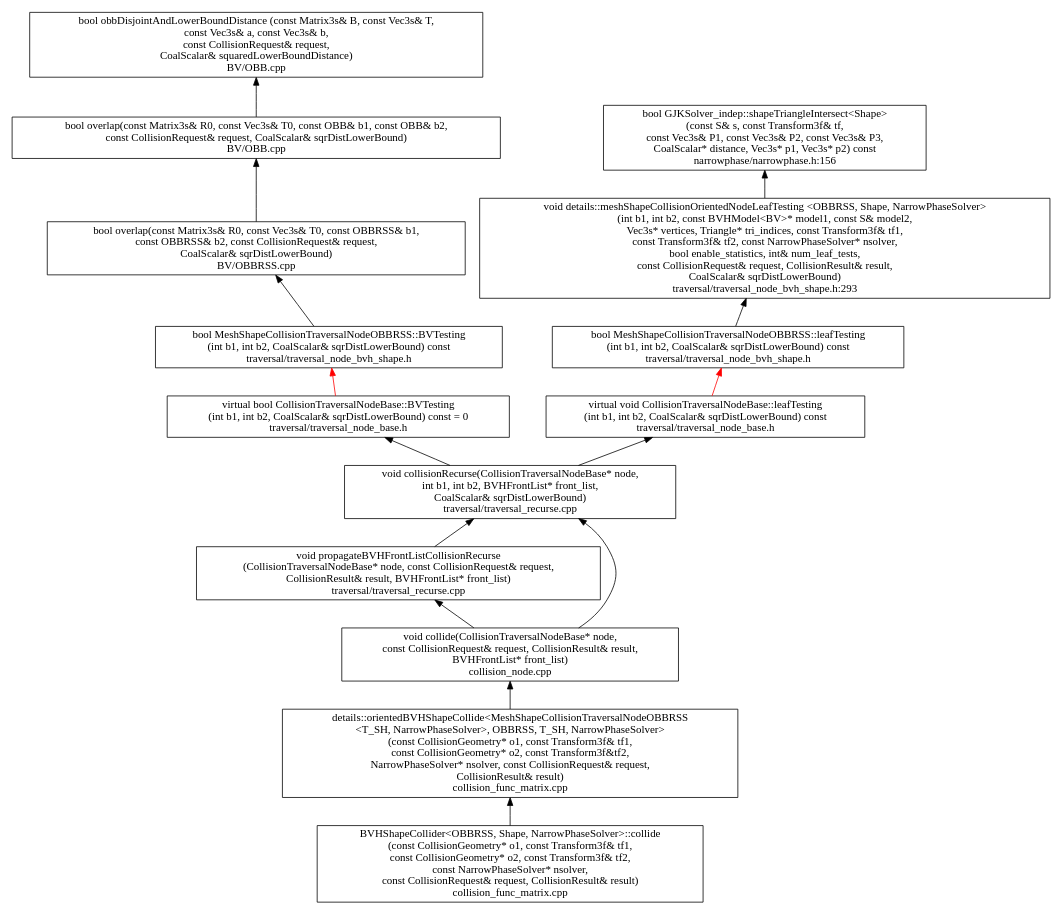
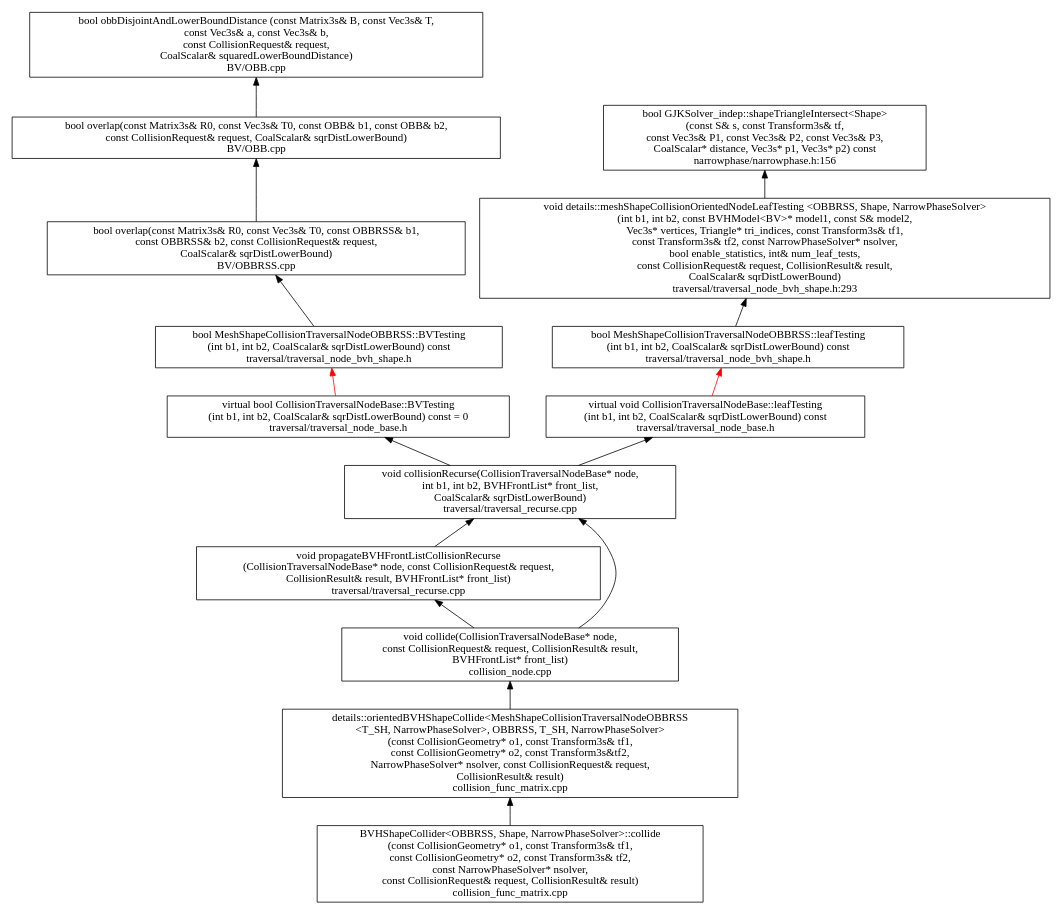
One commit to humanoid-path-planner/hpp-fcl changed the diagram in doc/shape-mesh-collision-call.dot. Above: the diagram before and after it, drawn with Graphviz. The commit also changed 119 other files, not shown here.

```diff
--- a/doc/shape-mesh-collision-call.dot
+++ b/doc/shape-mesh-collision-call.dot
@@ -1,36 +1,36 @@
 digraph CD  {
 
 	rankdir = BT
 	compound=true
         size = 11.7
 
-        "BVHShapeCollider<OBBRSS, Shape, NarrowPhaseSolver>::collide\n(const CollisionGeometry* o1, const Transform3f& tf1,\nconst CollisionGeometry* o2, const Transform3f& tf2,\nconst NarrowPhaseSolver* nsolver,\nconst CollisionRequest& request, CollisionResult& result)\ncollision_func_matrix.cpp" [shape = box]
-        "details::orientedBVHShapeCollide<MeshShapeCollisionTraversalNodeOBBRSS\n<T_SH, NarrowPhaseSolver>, OBBRSS, T_SH, NarrowPhaseSolver>\n(const CollisionGeometry* o1, const Transform3f& tf1,\nconst CollisionGeometry* o2, const Transform3f&tf2,\nNarrowPhaseSolver* nsolver, const CollisionRequest& request,\nCollisionResult& result)\ncollision_func_matrix.cpp" [shape = box]
+        "BVHShapeCollider<OBBRSS, Shape, NarrowPhaseSolver>::collide\n(const CollisionGeometry* o1, const Transform3s& tf1,\nconst CollisionGeometry* o2, const Transform3s& tf2,\nconst NarrowPhaseSolver* nsolver,\nconst CollisionRequest& request, CollisionResult& result)\ncollision_func_matrix.cpp" [shape = box]
+        "details::orientedBVHShapeCollide<MeshShapeCollisionTraversalNodeOBBRSS\n<T_SH, NarrowPhaseSolver>, OBBRSS, T_SH, NarrowPhaseSolver>\n(const CollisionGeometry* o1, const Transform3s& tf1,\nconst CollisionGeometry* o2, const Transform3s&tf2,\nNarrowPhaseSolver* nsolver, const CollisionRequest& request,\nCollisionResult& result)\ncollision_func_matrix.cpp" [shape = box]
         "void collide(CollisionTraversalNodeBase* node,\nconst CollisionRequest& request, CollisionResult& result,\nBVHFrontList* front_list)\ncollision_node.cpp" [shape = box]
         "void propagateBVHFrontListCollisionRecurse\n(CollisionTraversalNodeBase* node, const CollisionRequest& request,\nCollisionResult& result, BVHFrontList* front_list)\ntraversal/traversal_recurse.cpp" [shape = box]
         "void collisionRecurse(CollisionTraversalNodeBase* node,\nint b1, int b2, BVHFrontList* front_list,\nCoalScalar& sqrDistLowerBound)\ntraversal/traversal_recurse.cpp" [shape = box]
         "virtual bool CollisionTraversalNodeBase::BVTesting\n(int b1, int b2, CoalScalar& sqrDistLowerBound) const = 0\ntraversal/traversal_node_base.h" [shape = box]
         "virtual void CollisionTraversalNodeBase::leafTesting\n(int b1, int b2, CoalScalar& sqrDistLowerBound) const\ntraversal/traversal_node_base.h" [shape = box]
         "bool MeshShapeCollisionTraversalNodeOBBRSS::BVTesting\n(int b1, int b2, CoalScalar& sqrDistLowerBound) const\ntraversal/traversal_node_bvh_shape.h" [shape = box]
         "bool MeshShapeCollisionTraversalNodeOBBRSS::leafTesting\n(int b1, int b2, CoalScalar& sqrDistLowerBound) const\ntraversal/traversal_node_bvh_shape.h" [shape = box]
         "bool overlap(const Matrix3s& R0, const Vec3s& T0, const OBBRSS& b1,\nconst OBBRSS& b2, const CollisionRequest& request,\nCoalScalar& sqrDistLowerBound)\nBV/OBBRSS.cpp" [shape = box]
         "bool overlap(const Matrix3s& R0, const Vec3s& T0, const OBB& b1, const OBB& b2,\nconst CollisionRequest& request, CoalScalar& sqrDistLowerBound)\nBV/OBB.cpp" [shape = box]
         "bool obbDisjointAndLowerBoundDistance (const Matrix3s& B, const Vec3s& T,\nconst Vec3s& a, const Vec3s& b,\nconst CollisionRequest& request,\nCoalScalar& squaredLowerBoundDistance)\nBV/OBB.cpp" [shape = box]
-        "void details::meshShapeCollisionOrientedNodeLeafTesting <OBBRSS, Shape, NarrowPhaseSolver>\n(int b1, int b2, const BVHModel<BV>* model1, const S& model2,\nVec3s* vertices, Triangle* tri_indices, const Transform3f& tf1,\nconst Transform3f& tf2, const NarrowPhaseSolver* nsolver,\nbool enable_statistics, int& num_leaf_tests,\nconst CollisionRequest& request, CollisionResult& result,\nCoalScalar& sqrDistLowerBound)\ntraversal/traversal_node_bvh_shape.h:293" [shape = box]
-        "bool GJKSolver_indep::shapeTriangleIntersect<Shape>\n(const S& s, const Transform3f& tf,\nconst Vec3s& P1, const Vec3s& P2, const Vec3s& P3,\nCoalScalar* distance, Vec3s* p1, Vec3s* p2) const\nnarrowphase/narrowphase.h:156" [shape = box]
+        "void details::meshShapeCollisionOrientedNodeLeafTesting <OBBRSS, Shape, NarrowPhaseSolver>\n(int b1, int b2, const BVHModel<BV>* model1, const S& model2,\nVec3s* vertices, Triangle* tri_indices, const Transform3s& tf1,\nconst Transform3s& tf2, const NarrowPhaseSolver* nsolver,\nbool enable_statistics, int& num_leaf_tests,\nconst CollisionRequest& request, CollisionResult& result,\nCoalScalar& sqrDistLowerBound)\ntraversal/traversal_node_bvh_shape.h:293" [shape = box]
+        "bool GJKSolver_indep::shapeTriangleIntersect<Shape>\n(const S& s, const Transform3s& tf,\nconst Vec3s& P1, const Vec3s& P2, const Vec3s& P3,\nCoalScalar* distance, Vec3s* p1, Vec3s* p2) const\nnarrowphase/narrowphase.h:156" [shape = box]
 
-        "BVHShapeCollider<OBBRSS, Shape, NarrowPhaseSolver>::collide\n(const CollisionGeometry* o1, const Transform3f& tf1,\nconst CollisionGeometry* o2, const Transform3f& tf2,\nconst NarrowPhaseSolver* nsolver,\nconst CollisionRequest& request, CollisionResult& result)\ncollision_func_matrix.cpp" -> "details::orientedBVHShapeCollide<MeshShapeCollisionTraversalNodeOBBRSS\n<T_SH, NarrowPhaseSolver>, OBBRSS, T_SH, NarrowPhaseSolver>\n(const CollisionGeometry* o1, const Transform3f& tf1,\nconst CollisionGeometry* o2, const Transform3f&tf2,\nNarrowPhaseSolver* nsolver, const CollisionRequest& request,\nCollisionResult& result)\ncollision_func_matrix.cpp"
-        "details::orientedBVHShapeCollide<MeshShapeCollisionTraversalNodeOBBRSS\n<T_SH, NarrowPhaseSolver>, OBBRSS, T_SH, NarrowPhaseSolver>\n(const CollisionGeometry* o1, const Transform3f& tf1,\nconst CollisionGeometry* o2, const Transform3f&tf2,\nNarrowPhaseSolver* nsolver, const CollisionRequest& request,\nCollisionResult& result)\ncollision_func_matrix.cpp" -> "void collide(CollisionTraversalNodeBase* node,\nconst CollisionRequest& request, CollisionResult& result,\nBVHFrontList* front_list)\ncollision_node.cpp"
+        "BVHShapeCollider<OBBRSS, Shape, NarrowPhaseSolver>::collide\n(const CollisionGeometry* o1, const Transform3s& tf1,\nconst CollisionGeometry* o2, const Transform3s& tf2,\nconst NarrowPhaseSolver* nsolver,\nconst CollisionRequest& request, CollisionResult& result)\ncollision_func_matrix.cpp" -> "details::orientedBVHShapeCollide<MeshShapeCollisionTraversalNodeOBBRSS\n<T_SH, NarrowPhaseSolver>, OBBRSS, T_SH, NarrowPhaseSolver>\n(const CollisionGeometry* o1, const Transform3s& tf1,\nconst CollisionGeometry* o2, const Transform3s&tf2,\nNarrowPhaseSolver* nsolver, const CollisionRequest& request,\nCollisionResult& result)\ncollision_func_matrix.cpp"
+        "details::orientedBVHShapeCollide<MeshShapeCollisionTraversalNodeOBBRSS\n<T_SH, NarrowPhaseSolver>, OBBRSS, T_SH, NarrowPhaseSolver>\n(const CollisionGeometry* o1, const Transform3s& tf1,\nconst CollisionGeometry* o2, const Transform3s&tf2,\nNarrowPhaseSolver* nsolver, const CollisionRequest& request,\nCollisionResult& result)\ncollision_func_matrix.cpp" -> "void collide(CollisionTraversalNodeBase* node,\nconst CollisionRequest& request, CollisionResult& result,\nBVHFrontList* front_list)\ncollision_node.cpp"
         "void collide(CollisionTraversalNodeBase* node,\nconst CollisionRequest& request, CollisionResult& result,\nBVHFrontList* front_list)\ncollision_node.cpp" -> "void propagateBVHFrontListCollisionRecurse\n(CollisionTraversalNodeBase* node, const CollisionRequest& request,\nCollisionResult& result, BVHFrontList* front_list)\ntraversal/traversal_recurse.cpp"
         "void collide(CollisionTraversalNodeBase* node,\nconst CollisionRequest& request, CollisionResult& result,\nBVHFrontList* front_list)\ncollision_node.cpp" -> "void collisionRecurse(CollisionTraversalNodeBase* node,\nint b1, int b2, BVHFrontList* front_list,\nCoalScalar& sqrDistLowerBound)\ntraversal/traversal_recurse.cpp"
         "void propagateBVHFrontListCollisionRecurse\n(CollisionTraversalNodeBase* node, const CollisionRequest& request,\nCollisionResult& result, BVHFrontList* front_list)\ntraversal/traversal_recurse.cpp" -> "void collisionRecurse(CollisionTraversalNodeBase* node,\nint b1, int b2, BVHFrontList* front_list,\nCoalScalar& sqrDistLowerBound)\ntraversal/traversal_recurse.cpp"
         "void collisionRecurse(CollisionTraversalNodeBase* node,\nint b1, int b2, BVHFrontList* front_list,\nCoalScalar& sqrDistLowerBound)\ntraversal/traversal_recurse.cpp" -> "virtual bool CollisionTraversalNodeBase::BVTesting\n(int b1, int b2, CoalScalar& sqrDistLowerBound) const = 0\ntraversal/traversal_node_base.h"
         "void collisionRecurse(CollisionTraversalNodeBase* node,\nint b1, int b2, BVHFrontList* front_list,\nCoalScalar& sqrDistLowerBound)\ntraversal/traversal_recurse.cpp" -> "virtual void CollisionTraversalNodeBase::leafTesting\n(int b1, int b2, CoalScalar& sqrDistLowerBound) const\ntraversal/traversal_node_base.h"
         "virtual bool CollisionTraversalNodeBase::BVTesting\n(int b1, int b2, CoalScalar& sqrDistLowerBound) const = 0\ntraversal/traversal_node_base.h" -> "bool MeshShapeCollisionTraversalNodeOBBRSS::BVTesting\n(int b1, int b2, CoalScalar& sqrDistLowerBound) const\ntraversal/traversal_node_bvh_shape.h" [color=red]
         "virtual void CollisionTraversalNodeBase::leafTesting\n(int b1, int b2, CoalScalar& sqrDistLowerBound) const\ntraversal/traversal_node_base.h" -> "bool MeshShapeCollisionTraversalNodeOBBRSS::leafTesting\n(int b1, int b2, CoalScalar& sqrDistLowerBound) const\ntraversal/traversal_node_bvh_shape.h" [color = red]
         "bool MeshShapeCollisionTraversalNodeOBBRSS::BVTesting\n(int b1, int b2, CoalScalar& sqrDistLowerBound) const\ntraversal/traversal_node_bvh_shape.h" -> "bool overlap(const Matrix3s& R0, const Vec3s& T0, const OBBRSS& b1,\nconst OBBRSS& b2, const CollisionRequest& request,\nCoalScalar& sqrDistLowerBound)\nBV/OBBRSS.cpp"
         "bool overlap(const Matrix3s& R0, const Vec3s& T0, const OBBRSS& b1,\nconst OBBRSS& b2, const CollisionRequest& request,\nCoalScalar& sqrDistLowerBound)\nBV/OBBRSS.cpp" -> "bool overlap(const Matrix3s& R0, const Vec3s& T0, const OBB& b1, const OBB& b2,\nconst CollisionRequest& request, CoalScalar& sqrDistLowerBound)\nBV/OBB.cpp"
         "bool overlap(const Matrix3s& R0, const Vec3s& T0, const OBB& b1, const OBB& b2,\nconst CollisionRequest& request, CoalScalar& sqrDistLowerBound)\nBV/OBB.cpp" -> "bool obbDisjointAndLowerBoundDistance (const Matrix3s& B, const Vec3s& T,\nconst Vec3s& a, const Vec3s& b,\nconst CollisionRequest& request,\nCoalScalar& squaredLowerBoundDistance)\nBV/OBB.cpp"
-        "bool MeshShapeCollisionTraversalNodeOBBRSS::leafTesting\n(int b1, int b2, CoalScalar& sqrDistLowerBound) const\ntraversal/traversal_node_bvh_shape.h" -> "void details::meshShapeCollisionOrientedNodeLeafTesting <OBBRSS, Shape, NarrowPhaseSolver>\n(int b1, int b2, const BVHModel<BV>* model1, const S& model2,\nVec3s* vertices, Triangle* tri_indices, const Transform3f& tf1,\nconst Transform3f& tf2, const NarrowPhaseSolver* nsolver,\nbool enable_statistics, int& num_leaf_tests,\nconst CollisionRequest& request, CollisionResult& result,\nCoalScalar& sqrDistLowerBound)\ntraversal/traversal_node_bvh_shape.h:293"
-        "void details::meshShapeCollisionOrientedNodeLeafTesting <OBBRSS, Shape, NarrowPhaseSolver>\n(int b1, int b2, const BVHModel<BV>* model1, const S& model2,\nVec3s* vertices, Triangle* tri_indices, const Transform3f& tf1,\nconst Transform3f& tf2, const NarrowPhaseSolver* nsolver,\nbool enable_statistics, int& num_leaf_tests,\nconst CollisionRequest& request, CollisionResult& result,\nCoalScalar& sqrDistLowerBound)\ntraversal/traversal_node_bvh_shape.h:293" -> "bool GJKSolver_indep::shapeTriangleIntersect<Shape>\n(const S& s, const Transform3f& tf,\nconst Vec3s& P1, const Vec3s& P2, const Vec3s& P3,\nCoalScalar* distance, Vec3s* p1, Vec3s* p2) const\nnarrowphase/narrowphase.h:156"
+        "bool MeshShapeCollisionTraversalNodeOBBRSS::leafTesting\n(int b1, int b2, CoalScalar& sqrDistLowerBound) const\ntraversal/traversal_node_bvh_shape.h" -> "void details::meshShapeCollisionOrientedNodeLeafTesting <OBBRSS, Shape, NarrowPhaseSolver>\n(int b1, int b2, const BVHModel<BV>* model1, const S& model2,\nVec3s* vertices, Triangle* tri_indices, const Transform3s& tf1,\nconst Transform3s& tf2, const NarrowPhaseSolver* nsolver,\nbool enable_statistics, int& num_leaf_tests,\nconst CollisionRequest& request, CollisionResult& result,\nCoalScalar& sqrDistLowerBound)\ntraversal/traversal_node_bvh_shape.h:293"
+        "void details::meshShapeCollisionOrientedNodeLeafTesting <OBBRSS, Shape, NarrowPhaseSolver>\n(int b1, int b2, const BVHModel<BV>* model1, const S& model2,\nVec3s* vertices, Triangle* tri_indices, const Transform3s& tf1,\nconst Transform3s& tf2, const NarrowPhaseSolver* nsolver,\nbool enable_statistics, int& num_leaf_tests,\nconst CollisionRequest& request, CollisionResult& result,\nCoalScalar& sqrDistLowerBound)\ntraversal/traversal_node_bvh_shape.h:293" -> "bool GJKSolver_indep::shapeTriangleIntersect<Shape>\n(const S& s, const Transform3s& tf,\nconst Vec3s& P1, const Vec3s& P2, const Vec3s& P3,\nCoalScalar* distance, Vec3s* p1, Vec3s* p2) const\nnarrowphase/narrowphase.h:156"
 }
```
